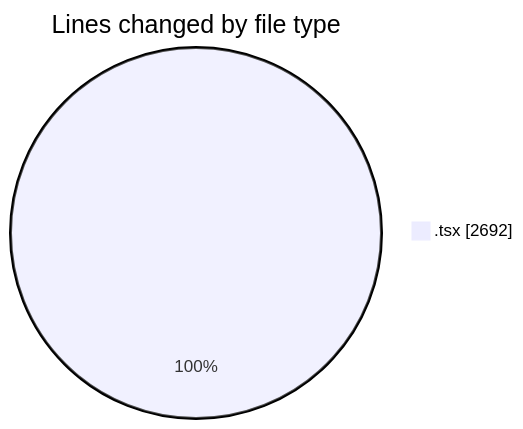
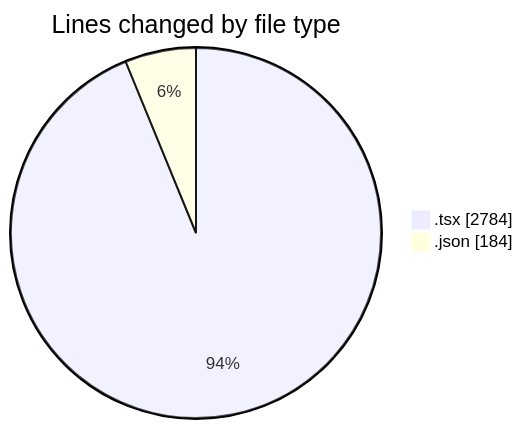
Before and after one commit to momahboobian/code-tracking: the first of 2 diagrams in 2025-11-21/cda/README.md, drawn with Mermaid. The commit also changed other lines of this file and 1 other file, not shown here.

````diff
--- a/2025-11-21/cda/README.md
+++ b/2025-11-21/cda/README.md
@@ -23,5 +24,6 @@
 ```mermaid
 pie showData
 title Lines changed by file type
-".tsx" : 2692
+".tsx" : 2784
+".json" : 184
 ```
````
